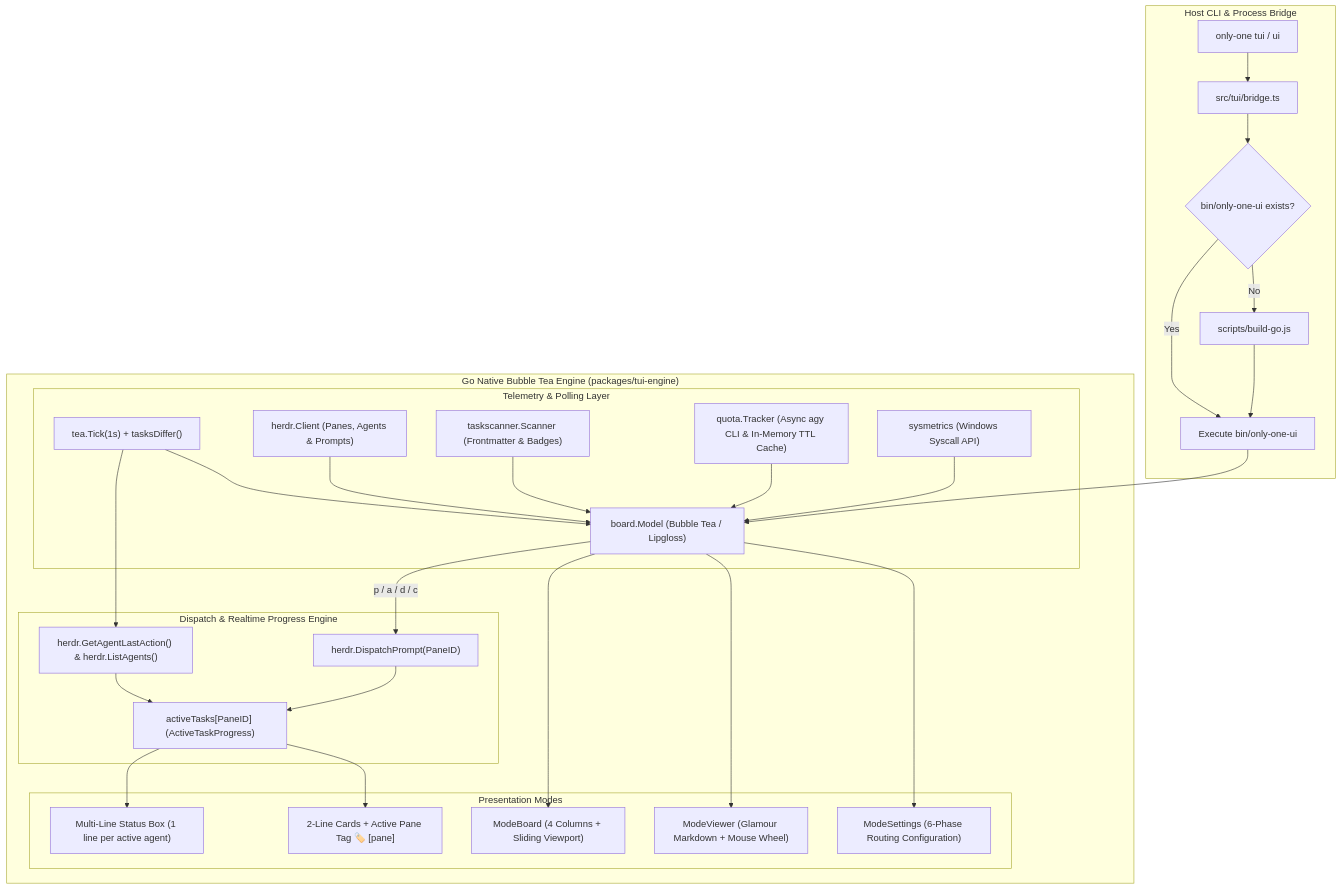
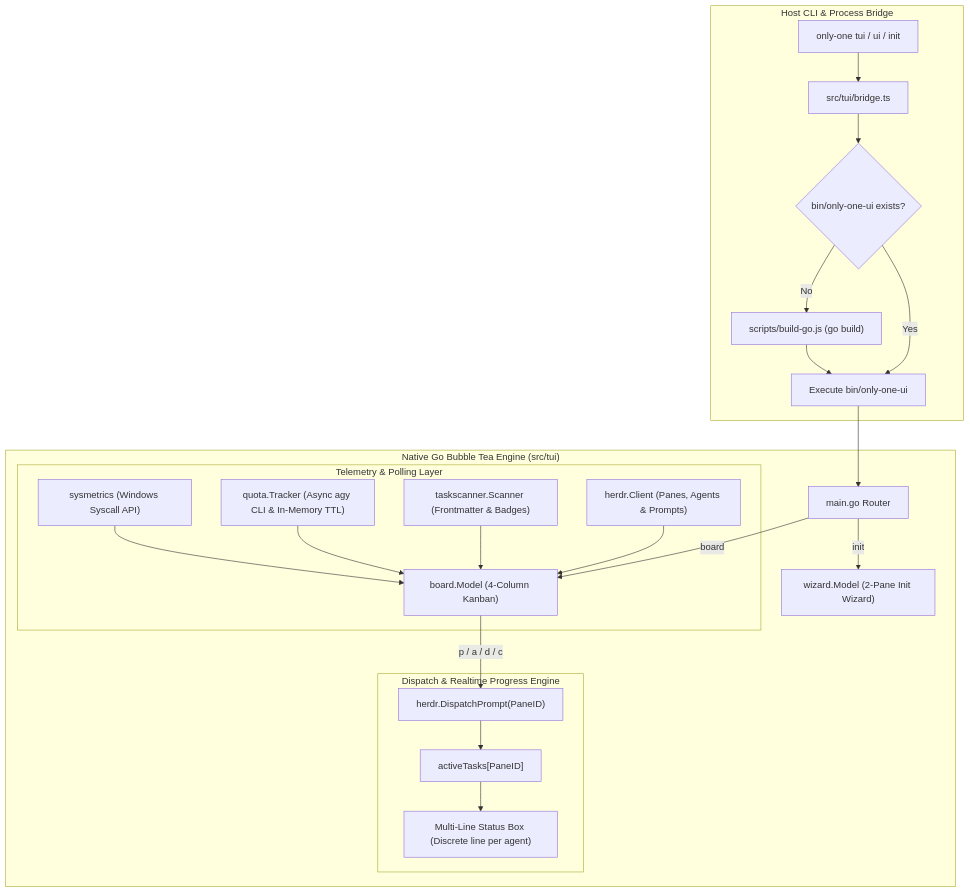
The diagram in only-one/archives/tui-modernization.md (Personal-Source-SP/only-one-cli), drawn with Mermaid before and after one commit. The commit also changed other lines of this file and 15 other files, not shown here.

````diff
--- a/only-one/archives/tui-modernization.md
+++ b/only-one/archives/tui-modernization.md
@@ -53,37 +49,29 @@
 ```mermaid
 flowchart TD
     subgraph Host_Runtime ["Host CLI & Process Bridge"]
-        CLI["only-one tui / ui"] --> Bridge["src/tui/bridge.ts"]
+        CLI["only-one tui / ui / init"] --> Bridge["src/tui/bridge.ts"]
         Bridge --> BinaryCheck{"bin/only-one-ui exists?"}
-        BinaryCheck -->|No| CrossCompile["scripts/build-go.js"]
-        CrossCompile --> Exec["Execute bin/only-one-ui"]
+        BinaryCheck -->|No| Compile["scripts/build-go.js (go build)"]
+        Compile --> Exec["Execute bin/only-one-ui <board|init>"]
         BinaryCheck -->|Yes| Exec
     end
 
-    subgraph Go_TUI_Engine ["Go Native Bubble Tea Engine (packages/tui-engine)"]
-        Exec --> BoardModel["board.Model (Bubble Tea / Lipgloss)"]
+    subgraph Go_TUI_Engine ["Native Go Bubble Tea Engine (src/tui)"]
+        Exec --> Main["main.go Router"]
+        Main -->|board| BoardModel["board.Model (4-Column Kanban)"]
+        Main -->|init| WizardModel["wizard.Model (2-Pane Init Wizard)"]
 
         subgraph Telemetry_Layer ["Telemetry & Polling Layer"]
             SysMetrics["sysmetrics (Windows Syscall API)"] --> BoardModel
-            QuotaTracker["quota.Tracker (Async agy CLI & In-Memory TTL Cache)"] --> BoardModel
+            QuotaTracker["quota.Tracker (Async agy CLI & In-Memory TTL)"] --> BoardModel
             TaskScanner["taskscanner.Scanner (Frontmatter & Badges)"] --> BoardModel
             HerdrClient["herdr.Client (Panes, Agents & Prompts)"] --> BoardModel
-            Ticker["tea.Tick(1s) + tasksDiffer()"] --> BoardModel
         end
 
         subgraph Dispatch_And_Progress ["Dispatch & Realtime Progress Engine"]
             BoardModel -- "p / a / d / c" --> Dispatch["herdr.DispatchPrompt(PaneID)"]
-            Dispatch --> ActiveMap["activeTasks[PaneID] (ActiveTaskProgress)"]
-            Ticker --> PollHerdr["herdr.GetAgentLastAction() & herdr.ListAgents()"]
-            PollHerdr --> ActiveMap
-        end
-
-        subgraph Presentation_Modes ["Presentation Modes"]
-            ActiveMap --> StatusBox["Multi-Line Status Box (1 line per active agent)"]
-            ActiveMap --> BoardCards["2-Line Cards + Active Pane Tag 🏷️ [pane]"]
-            BoardModel --> ModeBoard["ModeBoard (4 Columns + Sliding Viewport)"]
-            BoardModel --> ModeViewer["ModeViewer (Glamour Markdown + Mouse Wheel)"]
-            BoardModel --> ModeSettings["ModeSettings (6-Phase Routing Configuration)"]
+            Dispatch --> ActiveMap["activeTasks[PaneID]"]
+            ActiveMap --> StatusBox["Multi-Line Status Box (Discrete line per agent)"]
         end
     end
 ```
````
